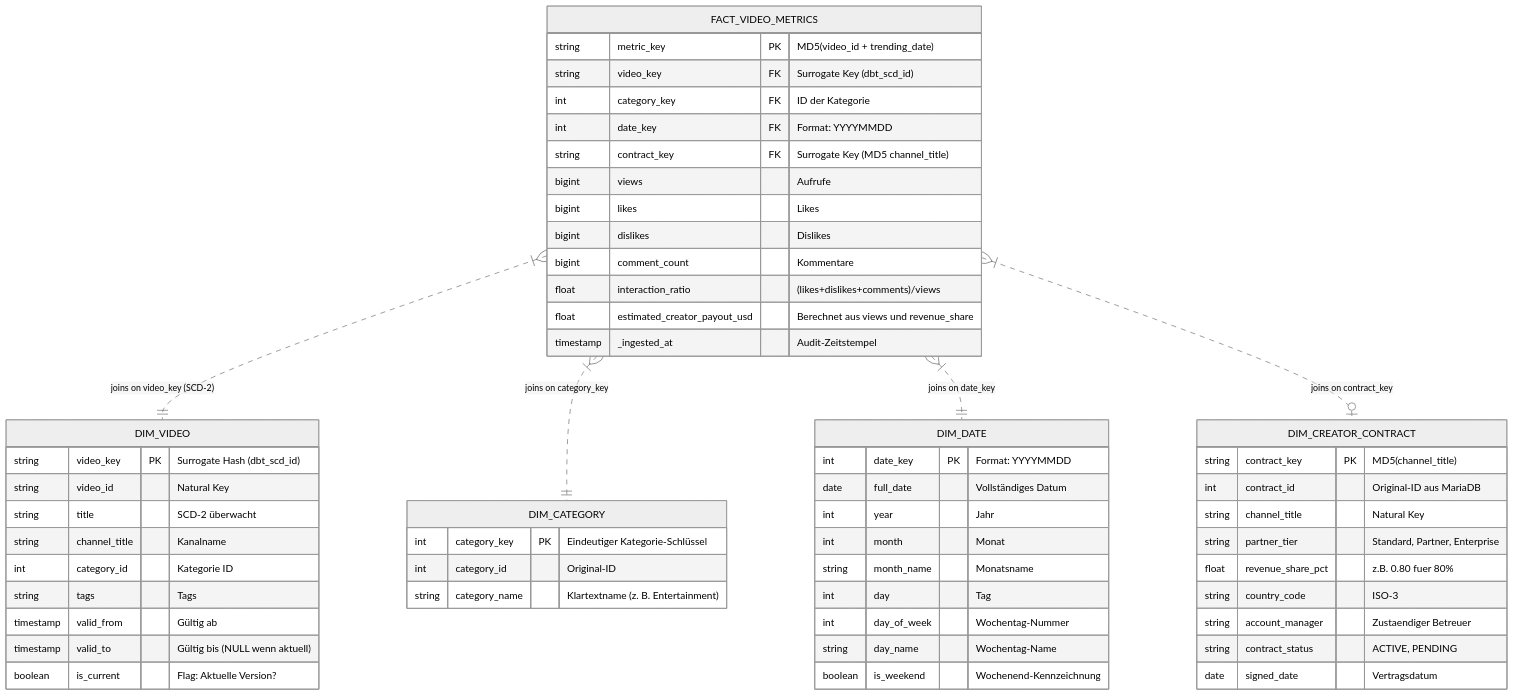
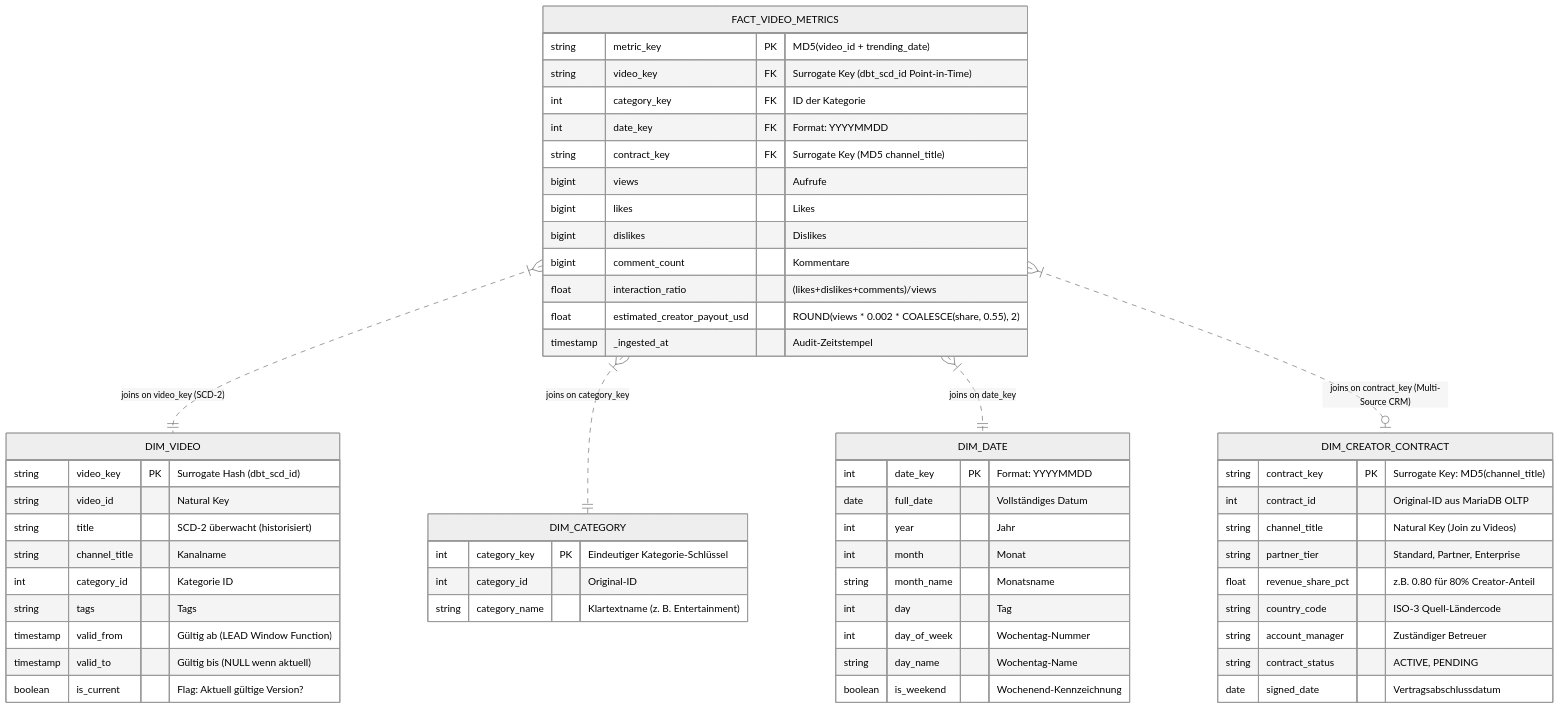
Before and after one commit to BHW80/DE_Capstone_2026: the second of 2 diagrams in README.md, drawn with Mermaid (neutral theme). The commit also changed other lines of this file, not shown here.

Commit message:
docs: sync system architecture and kimball star schema to release v2.3.0

````diff
--- a/README.md
+++ b/README.md
@@ -194,64 +227,64 @@
 ```mermaid
 erDiagram
     FACT_VIDEO_METRICS }|..|| DIM_VIDEO : "joins on video_key (SCD-2)"
     FACT_VIDEO_METRICS }|..|| DIM_CATEGORY : "joins on category_key"
     FACT_VIDEO_METRICS }|..|| DIM_DATE : "joins on date_key"
-    FACT_VIDEO_METRICS }|..o| DIM_CREATOR_CONTRACT : "joins on contract_key"
+    FACT_VIDEO_METRICS }|..o| DIM_CREATOR_CONTRACT : "joins on contract_key (Multi-Source CRM)"
 
     FACT_VIDEO_METRICS {
         string metric_key PK "MD5(video_id + trending_date)"
-        string video_key FK "Surrogate Key (dbt_scd_id)"
+        string video_key FK "Surrogate Key (dbt_scd_id Point-in-Time)"
         int category_key FK "ID der Kategorie"
         int date_key FK "Format: YYYYMMDD"
         string contract_key FK "Surrogate Key (MD5 channel_title)"
         bigint views "Aufrufe"
         bigint likes "Likes"
         bigint dislikes "Dislikes"
         bigint comment_count "Kommentare"
         float interaction_ratio "(likes+dislikes+comments)/views"
-        float estimated_creator_payout_usd "Berechnet aus views und revenue_share"
+        float estimated_creator_payout_usd "ROUND(views * 0.002 * COALESCE(share, 0.55), 2)"
         timestamp _ingested_at "Audit-Zeitstempel"
     }
 
     DIM_CREATOR_CONTRACT {
-        string contract_key PK "MD5(channel_title)"
-        int contract_id "Original-ID aus MariaDB"
-        string channel_title "Natural Key"
+        string contract_key PK "Surrogate Key: MD5(channel_title)"
+        int contract_id "Original-ID aus MariaDB OLTP"
+        string channel_title "Natural Key (Join zu Videos)"
         string partner_tier "Standard, Partner, Enterprise"
-        float revenue_share_pct "z.B. 0.80 fuer 80%"
-        string country_code "ISO-3"
-        string account_manager "Zustaendiger Betreuer"
+        float revenue_share_pct "z.B. 0.80 für 80% Creator-Anteil"
+        string country_code "ISO-3 Quell-Ländercode"
+        string account_manager "Zuständiger Betreuer"
         string contract_status "ACTIVE, PENDING"
-        date signed_date "Vertragsdatum"
+        date signed_date "Vertragsabschlussdatum"
     }
 
     DIM_VIDEO {
         string video_key PK "Surrogate Hash (dbt_scd_id)"
         string video_id "Natural Key"
-        string title "SCD-2 überwacht"
+        string title "SCD-2 überwacht (historisiert)"
         string channel_title "Kanalname"
         int category_id "Kategorie ID"
         string tags "Tags"
-        timestamp valid_from "Gültig ab"
+        timestamp valid_from "Gültig ab (LEAD Window Function)"
         timestamp valid_to "Gültig bis (NULL wenn aktuell)"
-        boolean is_current "Flag: Aktuelle Version?"
+        boolean is_current "Flag: Aktuell gültige Version?"
     }
 
     DIM_CATEGORY {
         int category_key PK "Eindeutiger Kategorie-Schlüssel"
         int category_id "Original-ID"
         string category_name "Klartextname (z. B. Entertainment)"
     }
 
     DIM_DATE {
         int date_key PK "Format: YYYYMMDD"
         date full_date "Vollständiges Datum"
         int year "Jahr"
         int month "Monat"
         string month_name "Monatsname"
         int day "Tag"
         int day_of_week "Wochentag-Nummer"
         string day_name "Wochentag-Name"
         boolean is_weekend "Wochenend-Kennzeichnung"
     }
 ```
````
